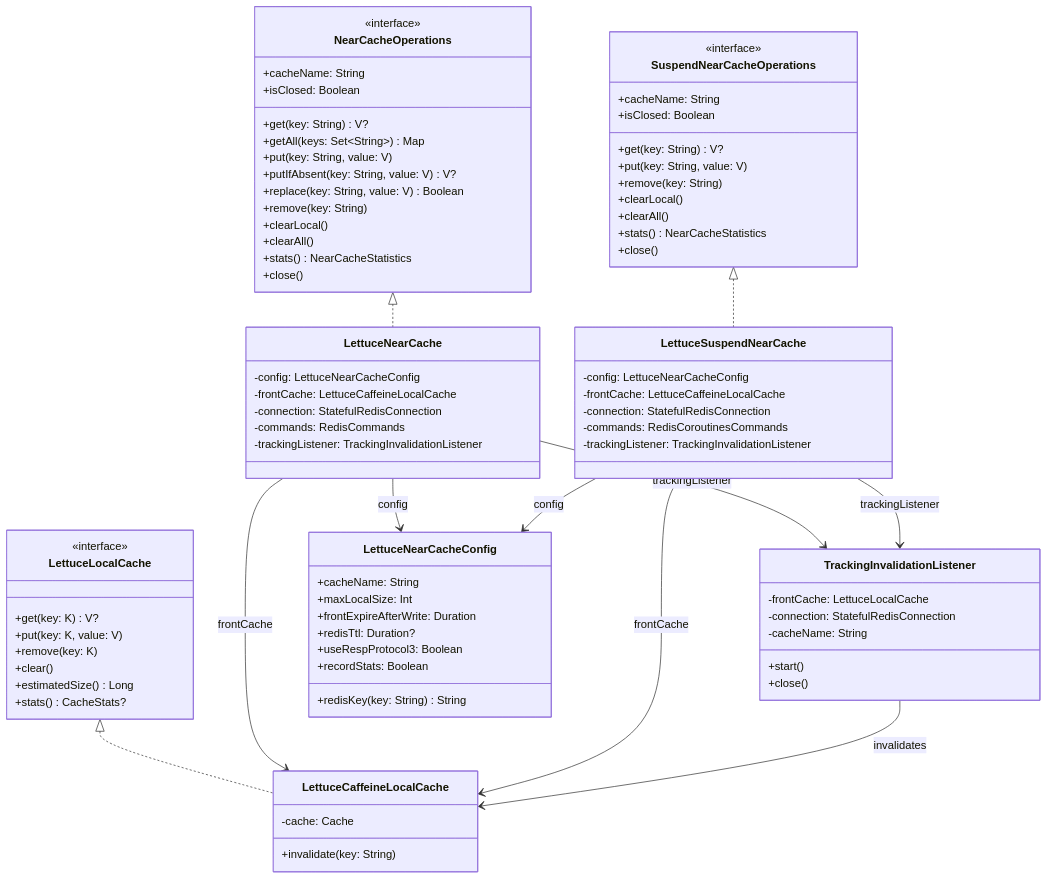
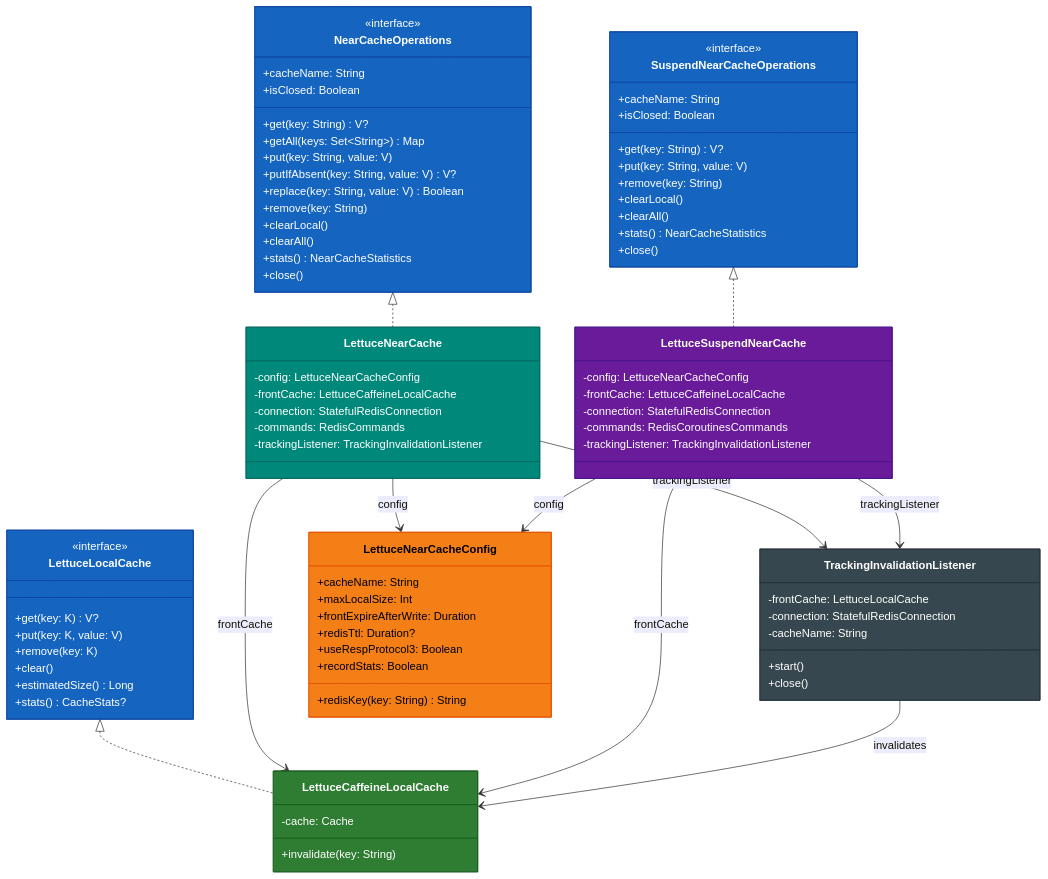
Before and after one commit to bluetape4k/bluetape4k-projects: the second of 3 diagrams in infra/cache-lettuce/README.ko.md, drawn with Mermaid. The commit also changed other lines of this file and 221 other files, not shown here.

First line of the commit message:
docs: 전체 모듈 README UML 다이어그램 보강 및 색상 업그레이드

````diff
--- a/infra/cache-lettuce/README.ko.md
+++ b/infra/cache-lettuce/README.ko.md
@@ -267,4 +274,13 @@
     LettuceSuspendNearCache --> LettuceNearCacheConfig: config
     TrackingInvalidationListener --> LettuceCaffeineLocalCache: invalidates
 
+    style NearCacheOperations fill:#1565C0,stroke:#0D47A1,color:#FFFFFF
+    style SuspendNearCacheOperations fill:#1565C0,stroke:#0D47A1,color:#FFFFFF
+    style LettuceNearCache fill:#00897B,stroke:#00695C,color:#FFFFFF
+    style LettuceSuspendNearCache fill:#6A1B9A,stroke:#4A148C,color:#FFFFFF
+    style LettuceLocalCache fill:#1565C0,stroke:#0D47A1,color:#FFFFFF
+    style LettuceCaffeineLocalCache fill:#2E7D32,stroke:#1B5E20,color:#FFFFFF
+    style TrackingInvalidationListener fill:#37474F,stroke:#263238,color:#FFFFFF
+    style LettuceNearCacheConfig fill:#F57F17,stroke:#E65100,color:#000000
+
 ```
````
